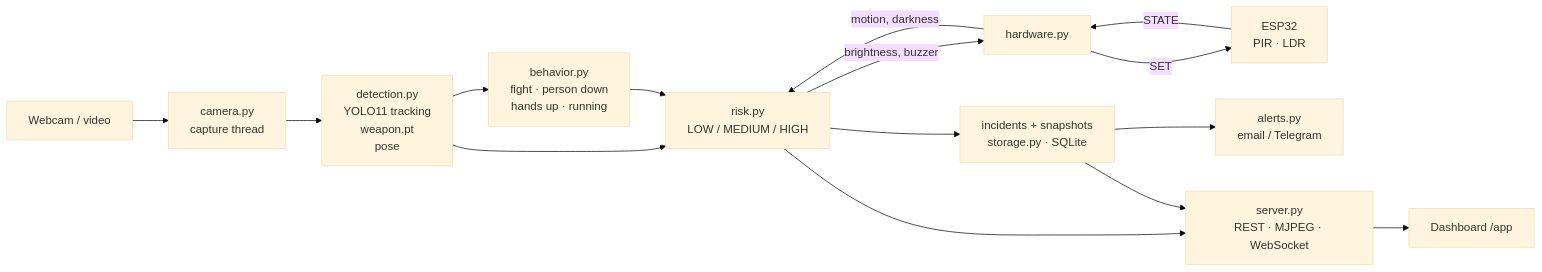
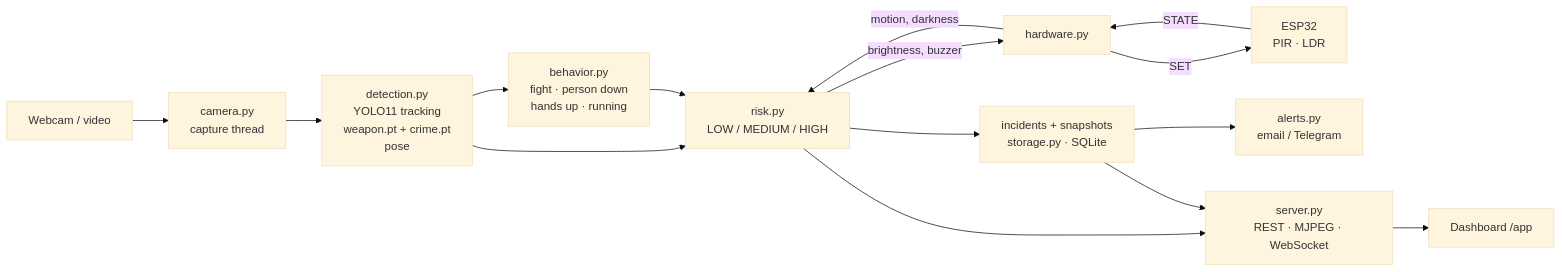
Before and after one commit to code-with-sup/Smart-Street-Light--Crime-Risk-Response-System: the diagram in GUIDE.md, drawn with Mermaid (base theme). The commit also changed other lines of this file and 9 other files, not shown here.

First line of the commit message:
Add the crime model next to the weapon model

````diff
--- a/GUIDE.md
+++ b/GUIDE.md
@@ -122,16 +122,16 @@
 ```mermaid
 flowchart LR
     CAM[Webcam / video] --> CAP[camera.py<br/>capture thread]
-    CAP --> DET[detection.py<br/>YOLO11 tracking<br/>weapon.pt<br/>pose]
+    CAP --> DET[detection.py<br/>YOLO11 tracking<br/>weapon.pt + crime.pt<br/>pose]
     DET --> BEH[behavior.py<br/>fight · person down<br/>hands up · running]
     DET --> RISK[risk.py<br/>LOW / MEDIUM / HIGH]
     BEH --> RISK
     ESP[ESP32<br/>PIR · LDR] -- STATE --> HW[hardware.py]
     HW -- motion, darkness --> RISK
     RISK -- brightness, buzzer --> HW -- SET --> ESP
     RISK --> INC[incidents + snapshots<br/>storage.py · SQLite]
     INC --> ALERT[alerts.py<br/>email / Telegram]
     RISK --> API[server.py<br/>REST · MJPEG · WebSocket]
     INC --> API
     API --> UI[Dashboard /app]
 ```
````
